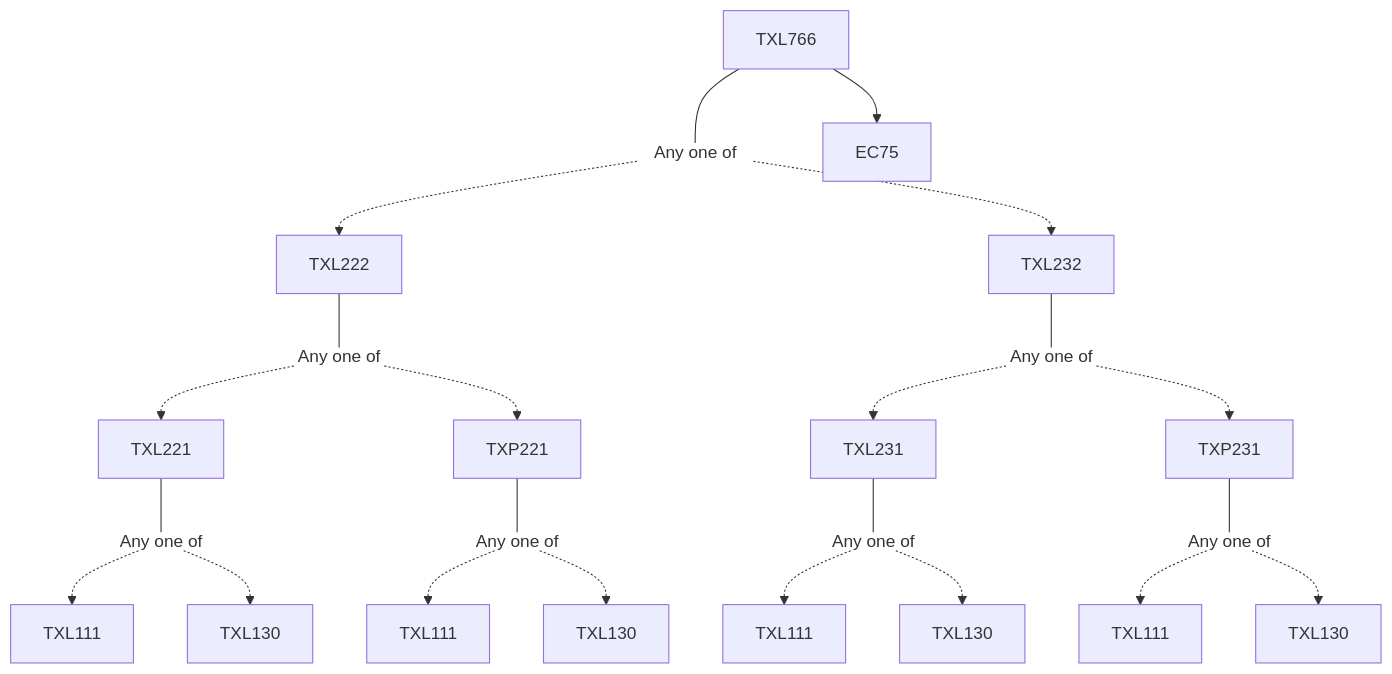
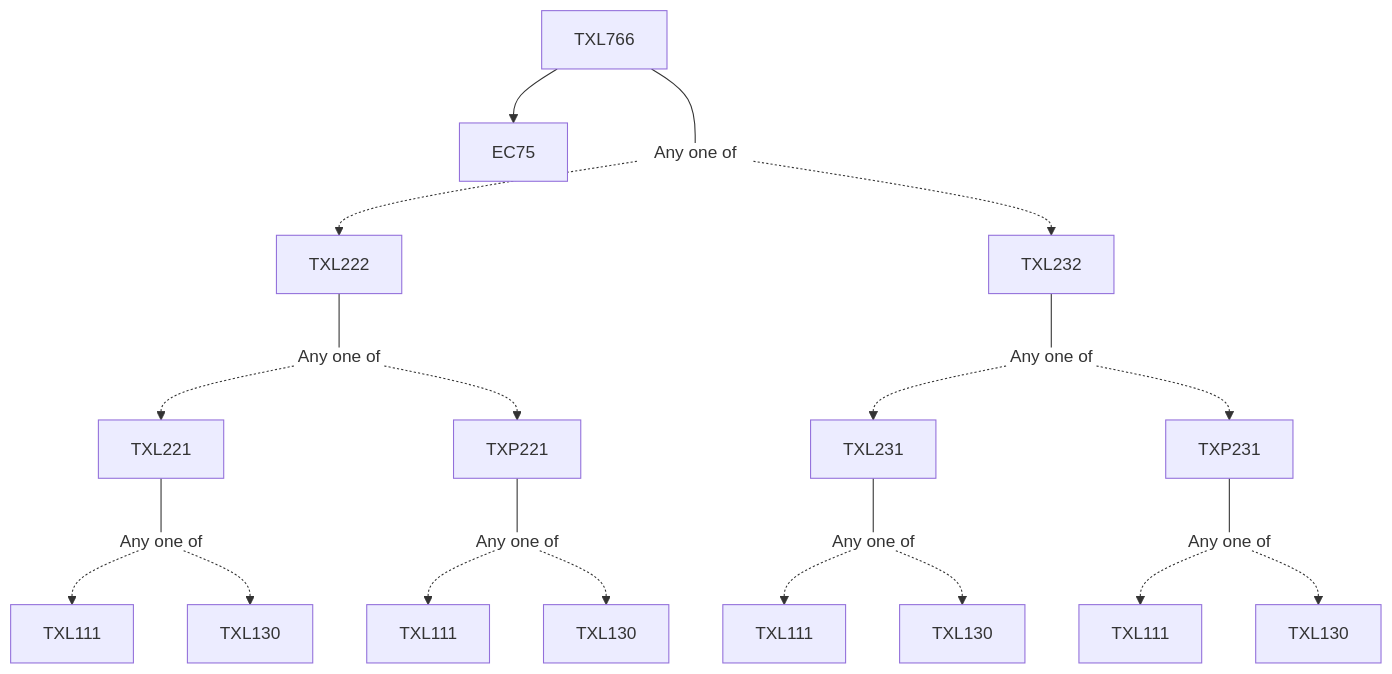
The diagram in content/Textile and Fibre Engineering/TXL766.md (KeshavBansal0122/CoS_Website), drawn with Mermaid before and after one commit. The commit also changed other lines of this file and 2667 other files, not shown here.

````diff
--- a/content/Textile and Fibre Engineering/TXL766.md
+++ b/content/Textile and Fibre Engineering/TXL766.md
@@ -15,29 +13,29 @@
 ```mermaid
 flowchart TD
-TXL766-531[TXL766]
-TXL766-531 --- Or532[Any one of]:::empty
-TXL222-533 --- Or534[Any one of]:::empty
-TXL221-535 --- Or536[Any one of]:::empty
-Or536 -.-> TXL111-537[TXL111]
-Or536 -.-> TXL130-538[TXL130]
-Or534 -.-> TXL221-535[TXL221]
-Or534 -.-> TXP221-539[TXP221]
-TXP221-539 --- Or540[Any one of]:::empty
-Or540 -.-> TXL111-541[TXL111]
-Or540 -.-> TXL130-542[TXL130]
-Or532 -.-> TXL222-533[TXL222]
-Or532 -.-> TXL232-543[TXL232]
-TXL232-543 --- Or544[Any one of]:::empty
-TXL231-545 --- Or546[Any one of]:::empty
-Or546 -.-> TXL111-547[TXL111]
-Or546 -.-> TXL130-548[TXL130]
-Or544 -.-> TXL231-545[TXL231]
-TXP231-549 --- Or550[Any one of]:::empty
-Or550 -.-> TXL111-551[TXL111]
-Or550 -.-> TXL130-552[TXL130]
-Or544 -.-> TXP231-549[TXP231]
-TXL766-531 --> EC75-531[EC75]
+TXL766-1753[TXL766]
+TXL766-1753 --> EC75-1753[EC75]
+TXL766-1753 --- Or1754[Any one of]:::empty
+Or1754 -.-> TXL222-1755[TXL222]
+TXL222-1755 --- Or1756[Any one of]:::empty
+Or1756 -.-> TXL221-1757[TXL221]
+TXL221-1757 --- Or1758[Any one of]:::empty
+Or1758 -.-> TXL111-1759[TXL111]
+Or1758 -.-> TXL130-1760[TXL130]
+TXP221-1761 --- Or1762[Any one of]:::empty
+Or1762 -.-> TXL111-1763[TXL111]
+Or1762 -.-> TXL130-1764[TXL130]
+Or1756 -.-> TXP221-1761[TXP221]
+TXL232-1765 --- Or1766[Any one of]:::empty
+Or1766 -.-> TXL231-1767[TXL231]
+TXL231-1767 --- Or1768[Any one of]:::empty
+Or1768 -.-> TXL111-1769[TXL111]
+Or1768 -.-> TXL130-1770[TXL130]
+Or1766 -.-> TXP231-1771[TXP231]
+TXP231-1771 --- Or1772[Any one of]:::empty
+Or1772 -.-> TXL111-1773[TXL111]
+Or1772 -.-> TXL130-1774[TXL130]
+Or1754 -.-> TXL232-1765[TXL232]
 
 classDef empty height:17px, fill:transparent, stroke:transparent;
 classDef trueEmpty height:0px, width:0px;
 ```
````
